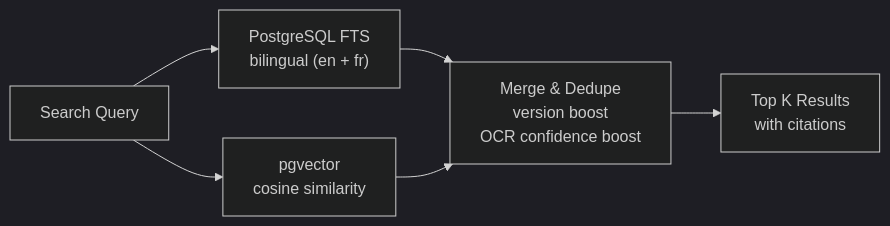
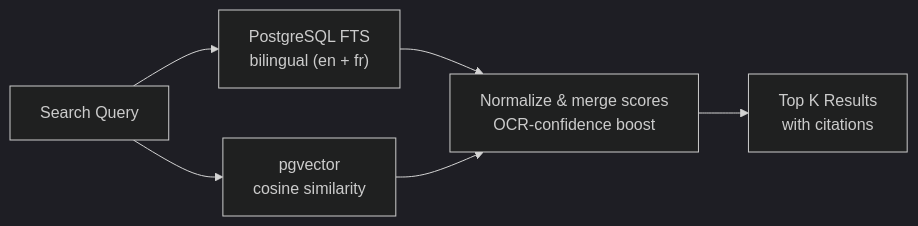
One commit to r0shi/harborclerk changed the third of 7 diagrams in docs/architecture.md. Above: the diagram before and after it, drawn with Mermaid (dark theme). The commit also changed other lines of this file and 2 other files, not shown here.

````diff
--- a/docs/architecture.md
+++ b/docs/architecture.md
@@ -88,13 +95,13 @@
 ```mermaid
 graph LR
     query["Search Query"]
     fts["PostgreSQL FTS<br/>bilingual (en + fr)"]
     vec["pgvector<br/>cosine similarity"]
-    merge["Merge & Dedupe<br/>version boost<br/>OCR confidence boost"]
+    merge["Normalize & merge scores<br/>OCR-confidence boost"]
     results["Top K Results<br/>with citations"]
 
     query --> fts & vec
     fts --> merge
     vec --> merge
     merge --> results
 ```
````
